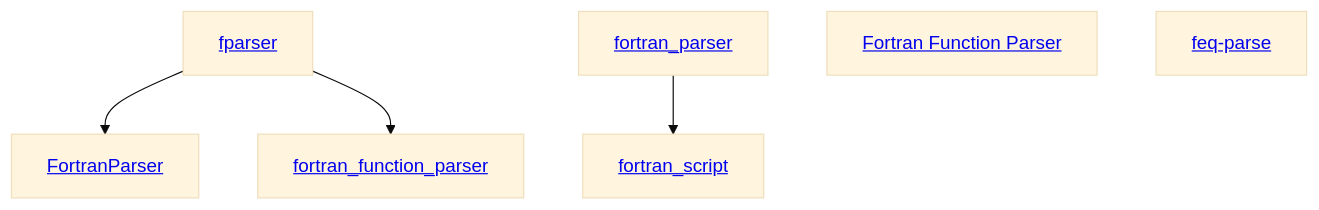
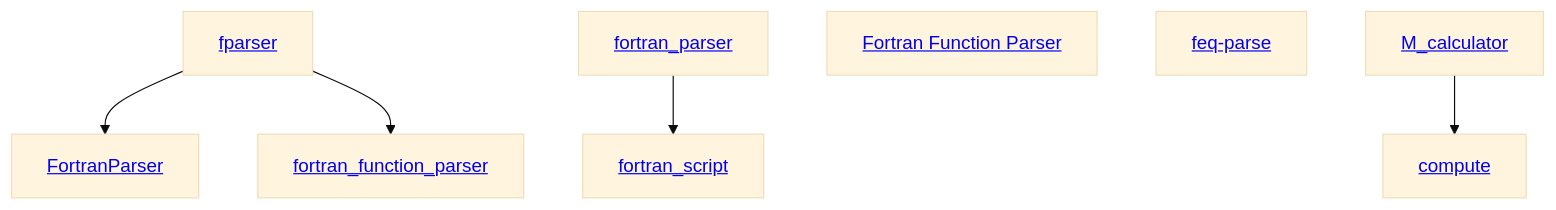
One commit to jacobwilliams/fortran_function_parser changed the diagram in README.md. Above: the diagram before and after it, drawn with Mermaid (base theme). The commit also changed other lines of this file, not shown here.

Commit message:
added another project ref

````diff
--- a/README.md
+++ b/README.md
@@ -176,10 +176,13 @@
 ```mermaid
 flowchart TB
 	fparser[<a href='http://fparser.sourceforge.net'>fparser</a>]
 	fparser-->FortranParser[<a href='https://github.com/jacopo-chevallard/FortranParser'>FortranParser</a>]
 	fparser-->fortran_function_parser[<a href='https://github.com/jacobwilliams/fortran_function_parser'>fortran_function_parser</a>]
 	fortran_parser-->fortran_script[<a href='https://github.com/sdm900/fortran_script'>fortran_script</a>]
 	ffp[<a href='http://www.labfit.net/functionparser.htm'>Fortran Function Parser</a>]
 	feq-parse[<a href='https://github.com/FluidNumerics/feq-parse'>feq-parse</a>]
 	fortran_parser[<a href='https://github.com/sdm900/fortran_parser'>fortran_parser</a>]
+	M_calculator[<a href='https://github.com/urbanjost/M_calculator'>M_calculator</a>]
+	M_calculator-->compute[<a href='https://github.com/urbanjost/compute'>compute</a>]
+
 ```
````
